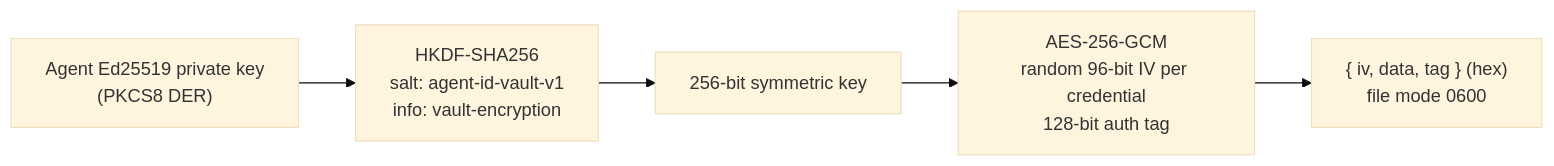
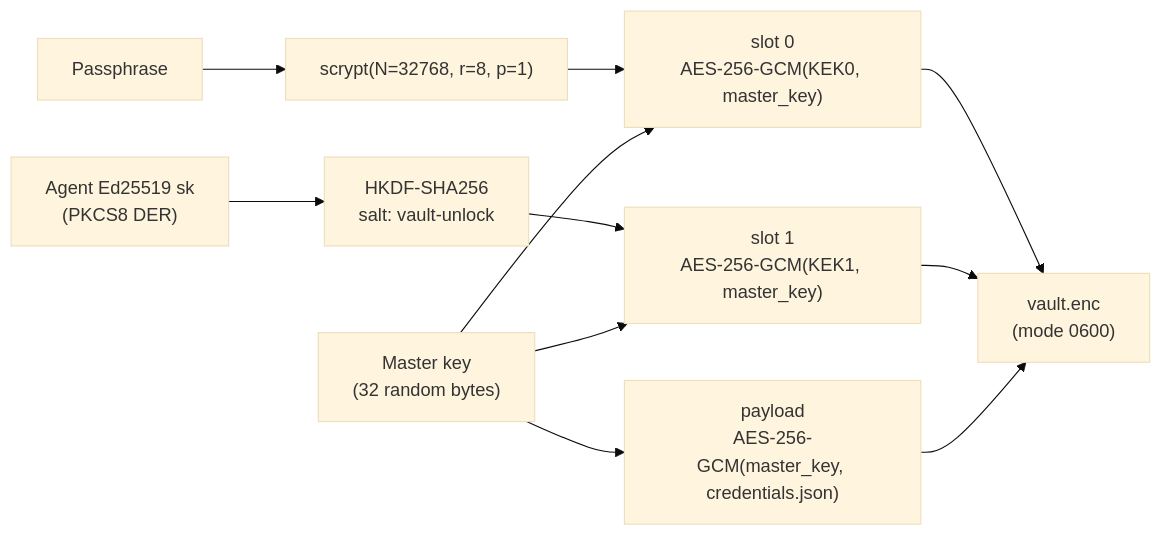
Before and after one commit to alien-id/agent-id: the fourth of 4 diagrams in docs/AGENT-SSO.md, drawn with Mermaid (base theme). The commit also changed other lines of this file and 3 other files, not shown here.

First line of the commit message:
docs: add VAULT-PROXY.md + retarget README + AGENT-SSO at the new layer

````diff
--- a/docs/AGENT-SSO.md
+++ b/docs/AGENT-SSO.md
@@ -214,10 +224,21 @@
 ```mermaid
 flowchart LR
-    Priv["Agent Ed25519 private key<br/>(PKCS8 DER)"]
-    HKDF["HKDF-SHA256<br/>salt: agent-id-vault-v1<br/>info: vault-encryption"]
-    Key["256-bit symmetric key"]
-    AES["AES-256-GCM<br/>random 96-bit IV per credential<br/>128-bit auth tag"]
-    Out["{ iv, data, tag } (hex)<br/>file mode 0600"]
+    Pass["Passphrase"]
+    Scrypt["scrypt(N=32768, r=8, p=1)"]
+    AgentKey["Agent Ed25519 sk<br/>(PKCS8 DER)"]
+    HKDF["HKDF-SHA256<br/>salt: vault-unlock"]
+    MK["Master key<br/>(32 random bytes)"]
+    Slot0["slot 0<br/>AES-256-GCM(KEK0, master_key)"]
+    Slot1["slot 1<br/>AES-256-GCM(KEK1, master_key)"]
+    Payload["payload<br/>AES-256-GCM(master_key, credentials.json)"]
+    File["vault.enc<br/>(mode 0600)"]
 
-    Priv --> HKDF --> Key --> AES --> Out
+    Pass --> Scrypt --> Slot0
+    AgentKey --> HKDF --> Slot1
+    MK --> Slot0
+    MK --> Slot1
+    MK --> Payload
+    Slot0 --> File
+    Slot1 --> File
+    Payload --> File
 ```
````
